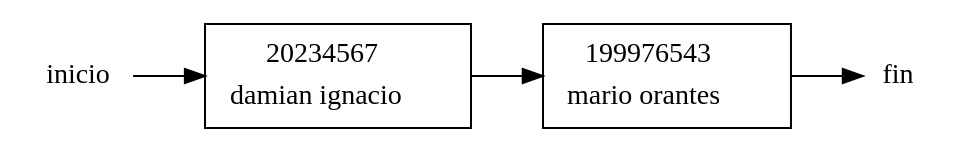
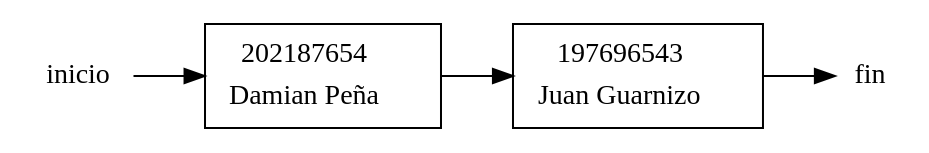
The diagram in EDD_Proyecto1_Fase1/Grafics/cola.dot (walterjav19/EDD_1S2023_PY_202111718), drawn with Graphviz before and after one commit. The commit also changed 8 other files, not shown here.

```diff
--- a/EDD_Proyecto1_Fase1/Grafics/cola.dot
+++ b/EDD_Proyecto1_Fase1/Grafics/cola.dot
@@ -1,10 +1,10 @@
 digraph Cola {
 rankdir=LR;
 node [shape=record];
 head [shape=none, label="inicio", style=bold, height=0, width=0];
-tail [shape=none, label="fin", style=bold, height=0, width=0];a20234567 [label=<<TABLE border="0"><TR><TD ALIGN="CENTER">20234567</TD></TR><TR><TD ALIGN="CENTER">damian ignacio</TD></TR></TABLE>>];
-a20234567 -> a199976543;
-a199976543 [label=<<TABLE border="0"><TR><TD ALIGN="CENTER">199976543</TD></TR><TR><TD ALIGN="CENTER">mario orantes</TD></TR></TABLE>>];
-head -> a20234567;
-a199976543->tail;
+tail [shape=none, label="fin", style=bold, height=0, width=0];a202187654 [label=<<TABLE border="0"><TR><TD ALIGN="CENTER">202187654</TD></TR><TR><TD ALIGN="CENTER">Damian Peña</TD></TR></TABLE>>];
+a202187654 -> a197696543;
+a197696543 [label=<<TABLE border="0"><TR><TD ALIGN="CENTER">197696543</TD></TR><TR><TD ALIGN="CENTER">Juan Guarnizo</TD></TR></TABLE>>];
+head -> a202187654;
+a197696543->tail;
 }
```
